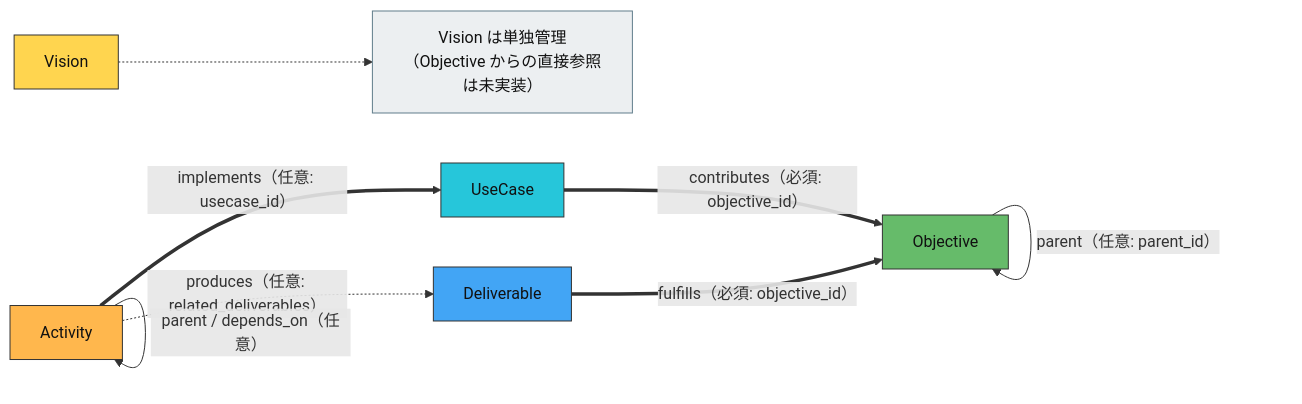
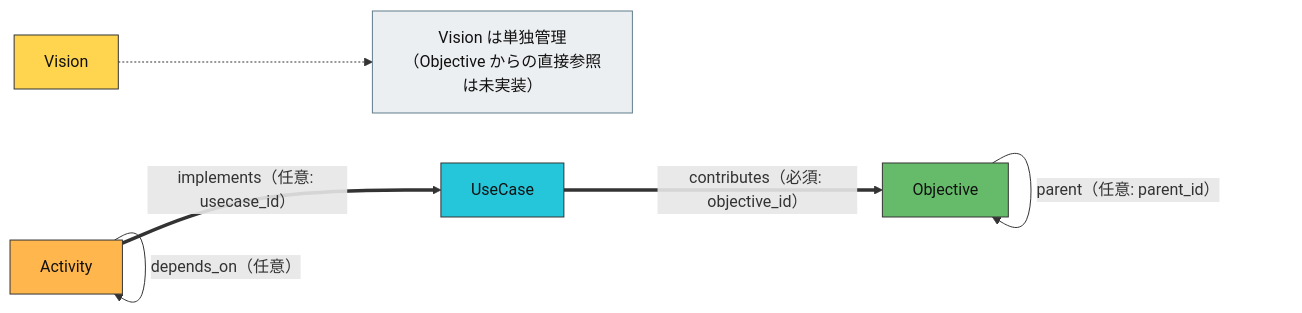
The diagram in docs/system-design.md (biwakonbu/zeus), drawn with Mermaid before and after one commit. The commit also changed other lines of this file and 159 other files, not shown here.

````diff
--- a/docs/system-design.md
+++ b/docs/system-design.md
@@ -55,24 +55,20 @@
 ```mermaid
 flowchart LR
   V["Vision"]:::vision
   O["Objective"]:::objective
-  D["Deliverable"]:::deliverable
   U["UseCase"]:::usecase
   A["Activity"]:::activity
   N["Vision は単独管理（Objective からの直接参照は未実装）"]:::note
 
-  D ==>|"fulfills（必須: objective_id）"| O
   U ==>|"contributes（必須: objective_id）"| O
   A ==>|"implements（任意: usecase_id）"| U
-  A -.->|"produces（任意: related_deliverables）"| D
   O -->|"parent（任意: parent_id）"| O
-  A -->|"parent / depends_on（任意）"| A
+  A -->|"depends_on（任意）"| A
   V -.-> N
 
   classDef vision fill:#FFD54F,stroke:#333,color:#111;
   classDef objective fill:#66BB6A,stroke:#333,color:#111;
-  classDef deliverable fill:#42A5F5,stroke:#333,color:#111;
   classDef usecase fill:#26C6DA,stroke:#333,color:#111;
   classDef activity fill:#FFB74D,stroke:#333,color:#111;
   classDef note fill:#ECEFF1,stroke:#607D8B,color:#111;
 ```
````
